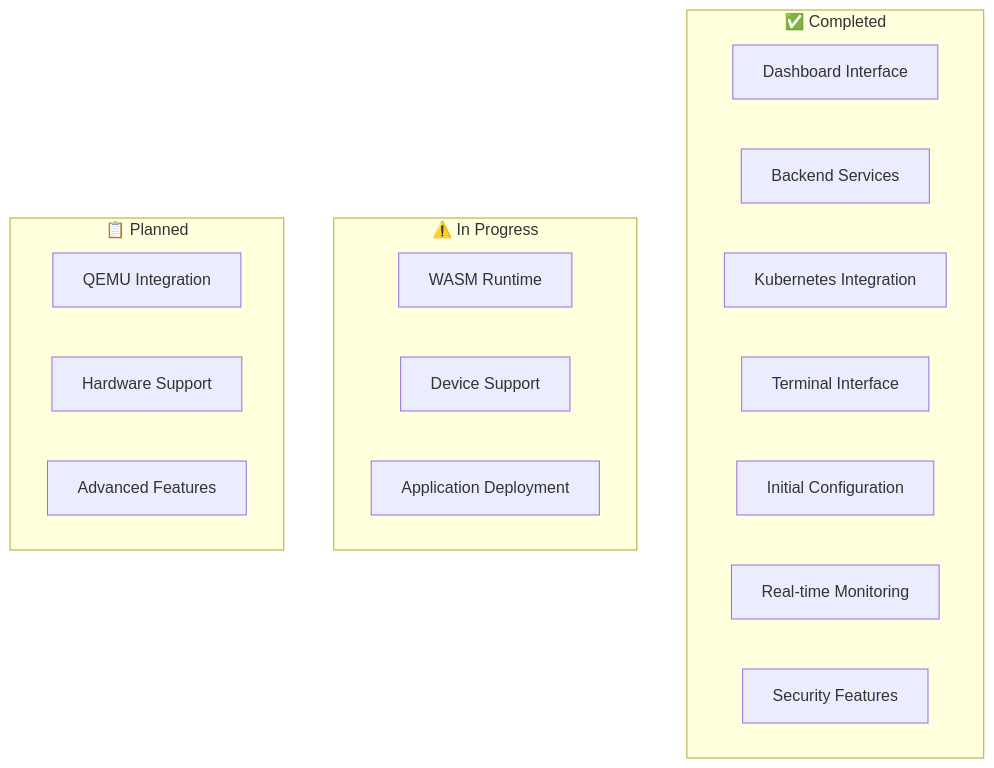
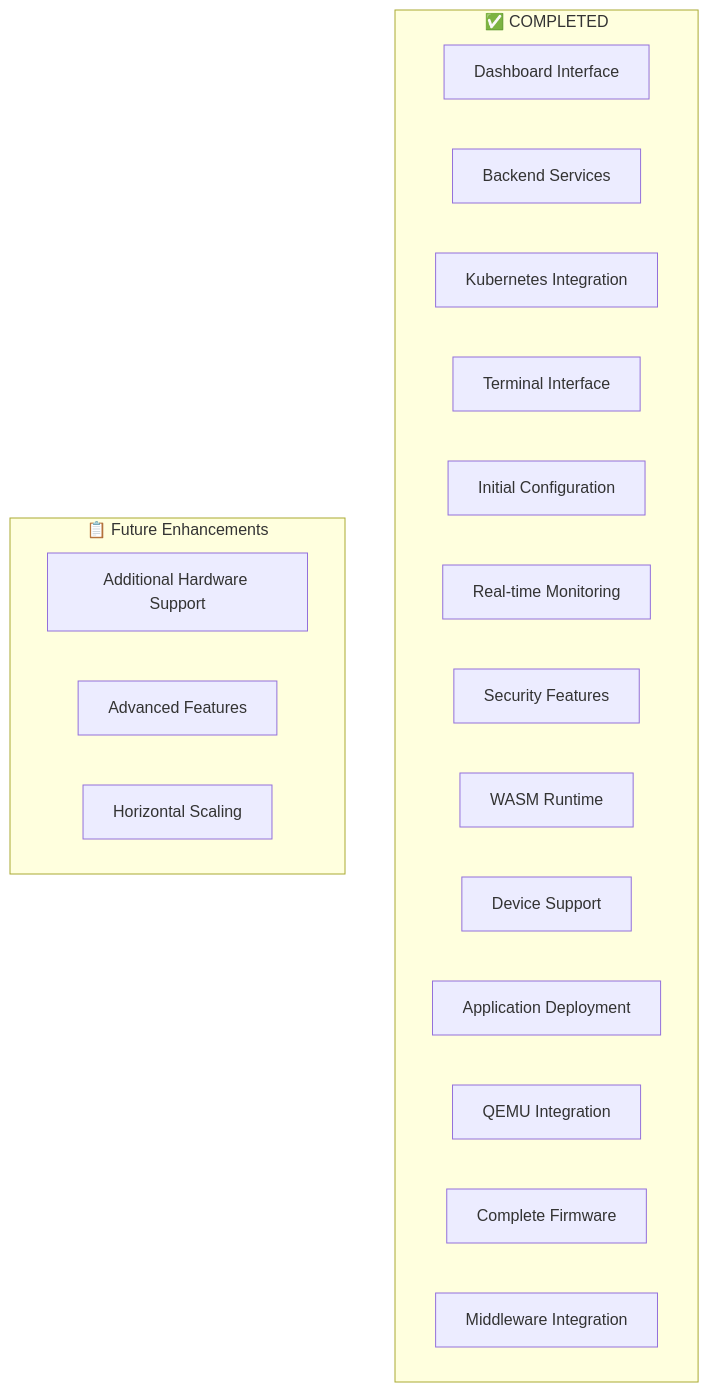
Diagram 12 of 12 in retrospect/docs/README.md (lucadagati/retrospect), drawn with Mermaid before and after one commit. The commit also changed other lines of this file and 4 other files, not shown here.

````diff
--- a/retrospect/docs/README.md
+++ b/retrospect/docs/README.md
@@ -575,24 +587,24 @@
 ```mermaid
 graph TB
-    subgraph "✅ Completed"
+    subgraph "✅ COMPLETED"
         DASH[Dashboard Interface]
         API[Backend Services]
         K8S[Kubernetes Integration]
         TERM[Terminal Interface]
         CONFIG[Initial Configuration]
         MONITOR[Real-time Monitoring]
         SECURITY[Security Features]
-    end
-    
-    subgraph "⚠️ In Progress"
         WASM[WASM Runtime]
         DEVICE[Device Support]
         DEPLOY[Application Deployment]
+        QEMU[QEMU Integration]
+        FIRMWARE[Complete Firmware]
+        MIDDLEWARE[Middleware Integration]
     end
     
-    subgraph "📋 Planned"
-        QEMU[QEMU Integration]
-        HARDWARE[Hardware Support]
+    subgraph "📋 Future Enhancements"
+        HARDWARE[Additional Hardware Support]
         ADVANCED[Advanced Features]
+        SCALING[Horizontal Scaling]
     end
 ```
````
